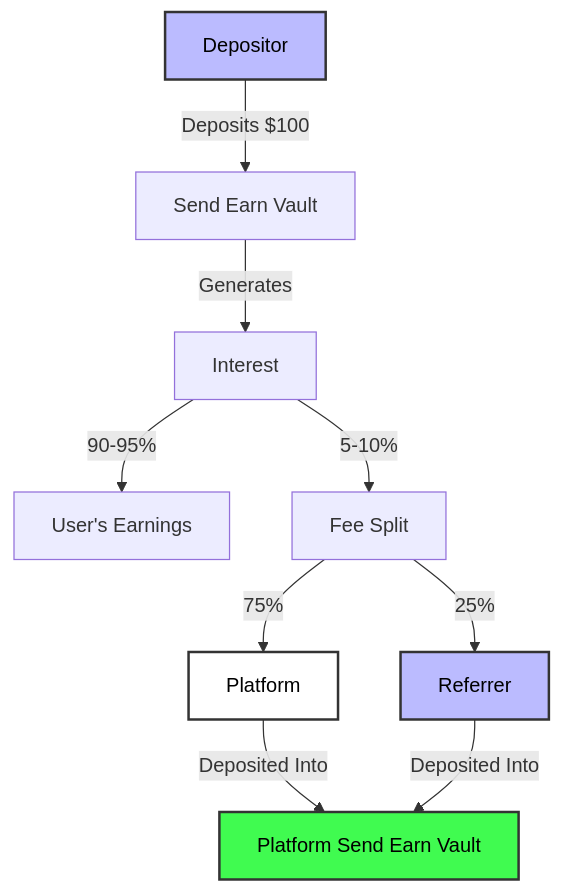
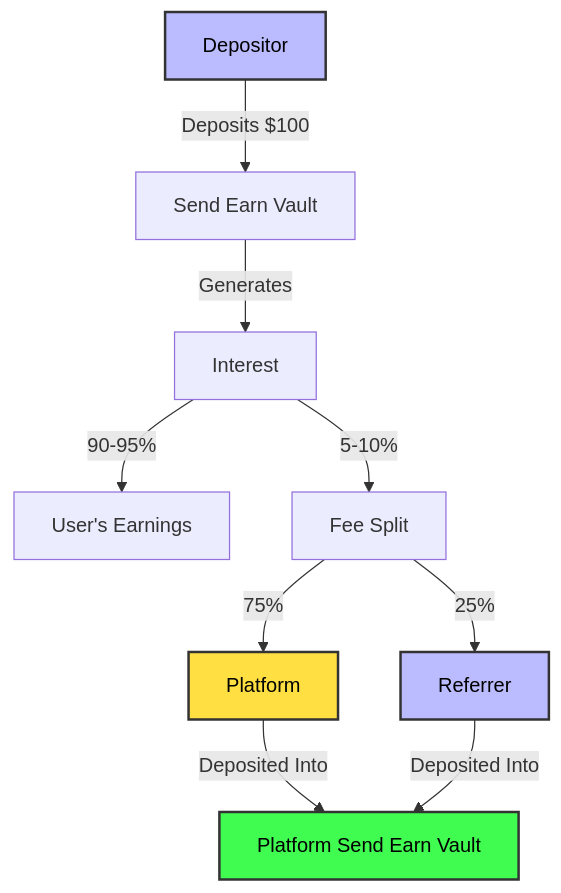
Before and after one commit to 0xsend/send-earn-contracts: the first of 4 diagrams in docs/send-earn-affiliates.md, drawn with Mermaid. The commit also changed other lines of this file, not shown here.

````diff
--- a/docs/send-earn-affiliates.md
+++ b/docs/send-earn-affiliates.md
@@ -49,16 +51,16 @@
 ```mermaid
 graph TD
     A[Depositor] -->|Deposits $100| B[Send Earn Vault]
     B -->|Generates| C[Interest]
     C -->|90-95%| D[User's Earnings]
     C -->|5-10%| E[Fee Split]
     E -->|75%| F[Platform]
     E -->|25%| G[Referrer]
     F -->|Deposited Into| H[Platform Send Earn Vault]
     G -->|Deposited Into| H[Platform Send Earn Vault]
 
     style A fill:#bbf,stroke: #333,stroke-width:2px,color:#000
-    style F fill:#FFF,stroke: #333,stroke-width:2px,color:#000
+    style F fill:#FFDF42,stroke: #333,stroke-width:2px,color:#000
     style G fill:#bbf,stroke: #333,stroke-width:2px,color:#000
     style H fill:#40FB50,stroke: #333,stroke-width:2px,color:#000
 ```
````
